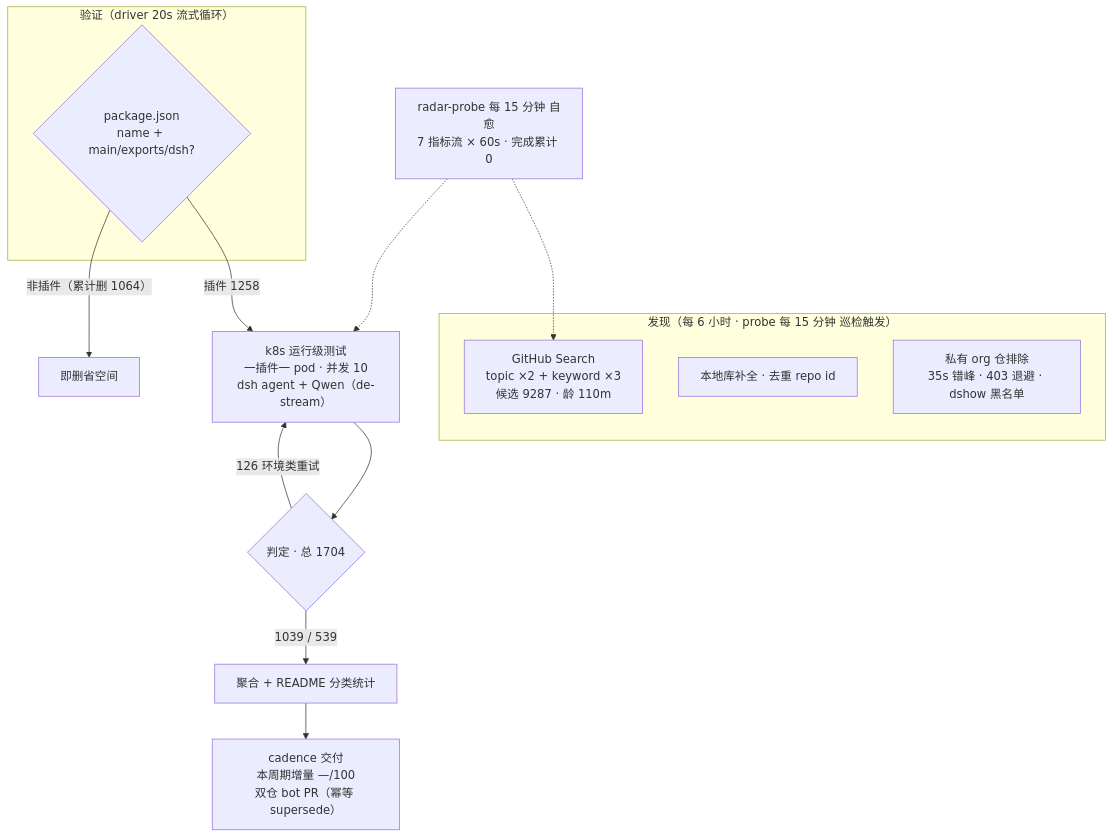
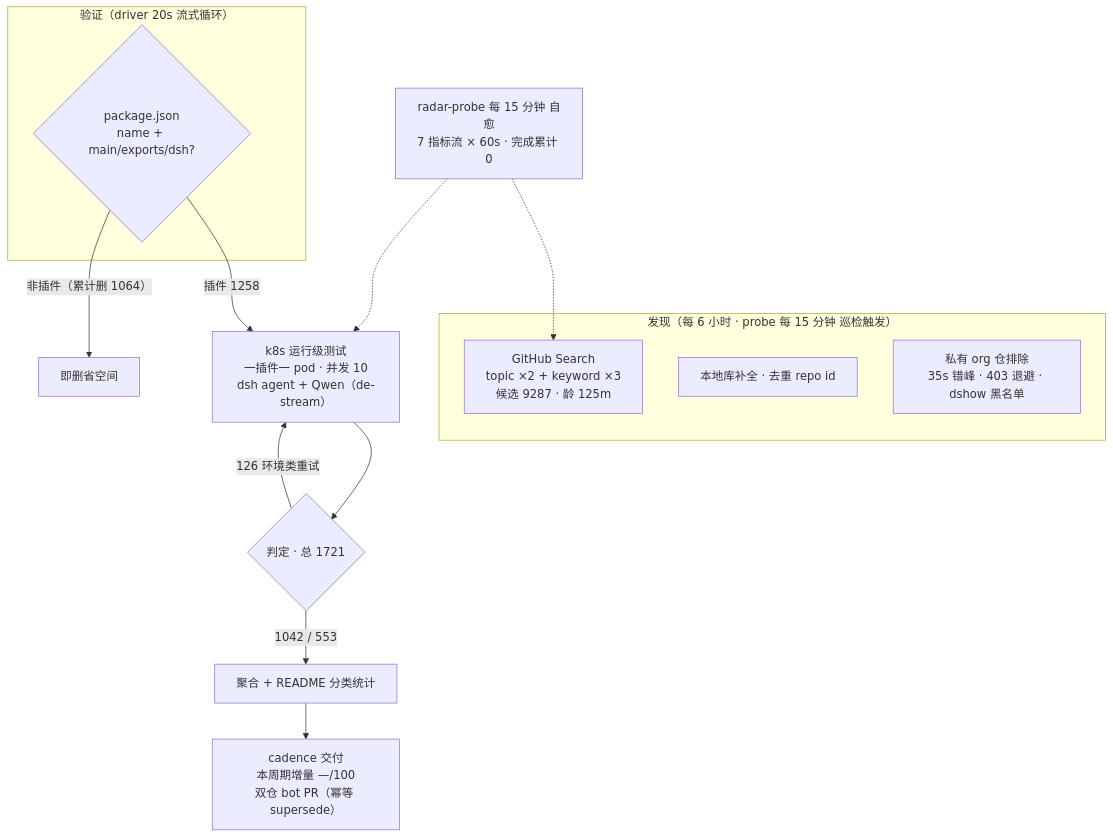
Before and after one commit to Zhidao-Lab-OSS/awesome-dsh-plugins: the diagram in README.md, drawn with Mermaid. The commit also changed other lines of this file and 1 other file, not shown here.

````diff
--- a/README.md
+++ b/README.md
@@ -37,19 +37,19 @@
 ```mermaid
 flowchart TB
     subgraph Discovery[" 发现（每 6 小时 · probe 每 15 分钟 巡检触发）"]
-        A1["GitHub Search<br/>topic ×2 + keyword ×3<br/>候选 9287 · 龄 110m"]
+        A1["GitHub Search<br/>topic ×2 + keyword ×3<br/>候选 9287 · 龄 125m"]
         A2["本地库补全 · 去重 repo id"]
         A3[" 私有 org 仓排除<br/>35s 错峰 · 403 退避 · dshow 黑名单"]
     end
     subgraph Validation[" 验证（driver 20s 流式循环）"]
         B1{"package.json<br/>name + main/exports/dsh?"}
     end
     B1 -->|"插件 1258"| C1["k8s 运行级测试<br/>一插件一 pod · 并发 10<br/>dsh agent + Qwen（de-stream）"]
     B1 -->|"非插件（累计删 1064）"| B3[" 即删省空间"]
-    C1 --> D1{"判定 · 总 1704"}
-    D1 -->|" 1039 /  539"| E1["聚合 + README 分类统计"]
+    C1 --> D1{"判定 · 总 1721"}
+    D1 -->|" 1042 /  553"| E1["聚合 + README 分类统计"]
     D1 -->|" 126 环境类重试"| C1
     E1 --> E2["cadence 交付<br/>本周期增量 —/100<br/>双仓 bot PR（幂等 supersede）"]
     M[" radar-probe 每 15 分钟 自愈<br/>7 指标流 × 60s · 完成累计 0"] -.-> A1
     M -.-> C1
 ```
````
